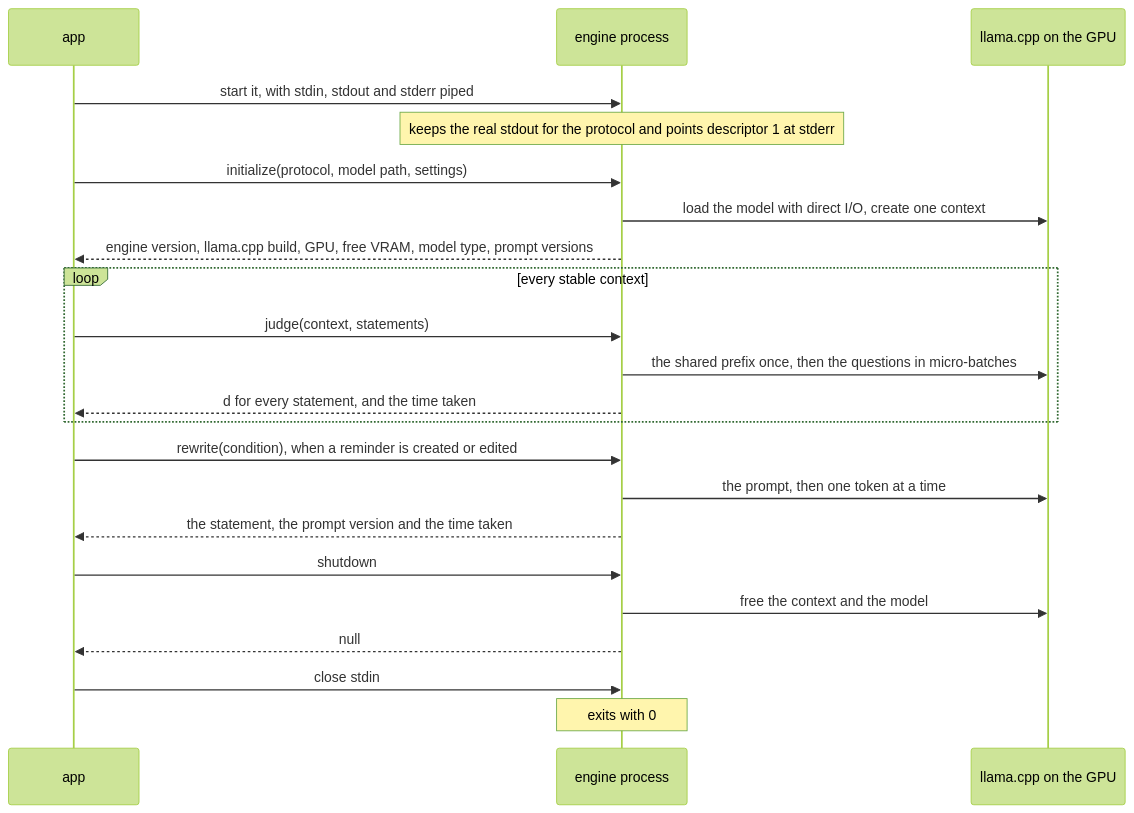
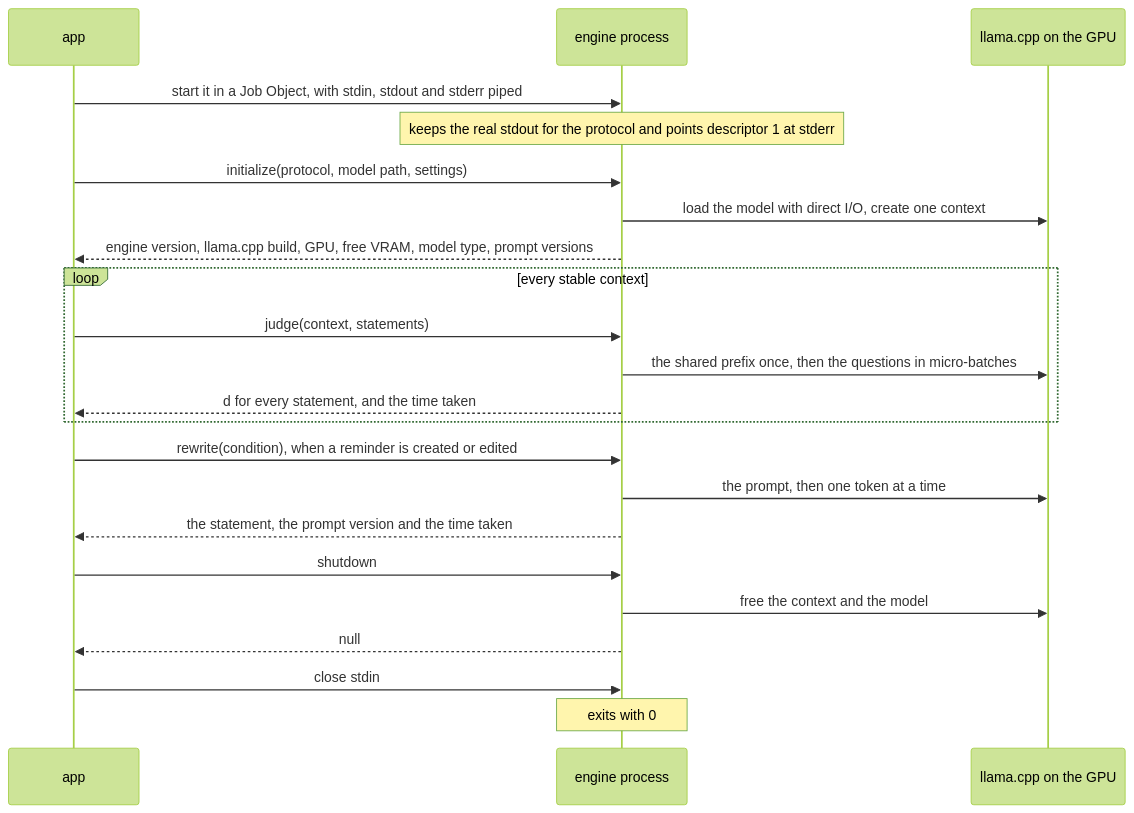
One commit to devfrx/jiffin changed the first of 3 diagrams in docs/design/engine.md. Above: the diagram before and after it, drawn with Mermaid (forest theme). The commit also changed other lines of this file and 9 other files, not shown here.

````diff
--- a/docs/design/engine.md
+++ b/docs/design/engine.md
@@ -14,25 +16,25 @@
 ```mermaid
 sequenceDiagram
     participant A as app
     participant E as engine process
     participant L as llama.cpp on the GPU
 
-    A->>E: start it, with stdin, stdout and stderr piped
+    A->>E: start it in a Job Object, with stdin, stdout and stderr piped
     Note over E: keeps the real stdout for the protocol and points descriptor 1 at stderr
     A->>E: initialize(protocol, model path, settings)
     E->>L: load the model with direct I/O, create one context
     E-->>A: engine version, llama.cpp build, GPU, free VRAM, model type, prompt versions
     loop every stable context
         A->>E: judge(context, statements)
         E->>L: the shared prefix once, then the questions in micro-batches
         E-->>A: d for every statement, and the time taken
     end
     A->>E: rewrite(condition), when a reminder is created or edited
     E->>L: the prompt, then one token at a time
     E-->>A: the statement, the prompt version and the time taken
     A->>E: shutdown
     E->>L: free the context and the model
     E-->>A: null
     A->>E: close stdin
     Note over E: exits with 0
 ```
````
